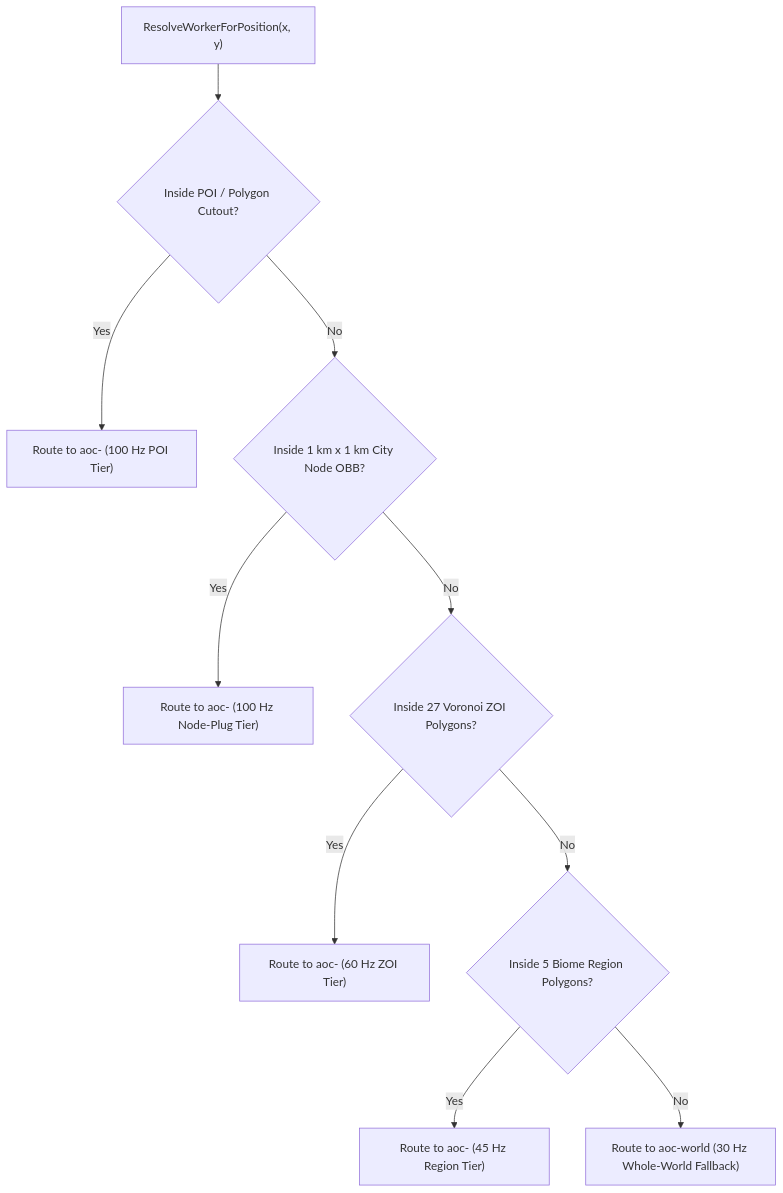
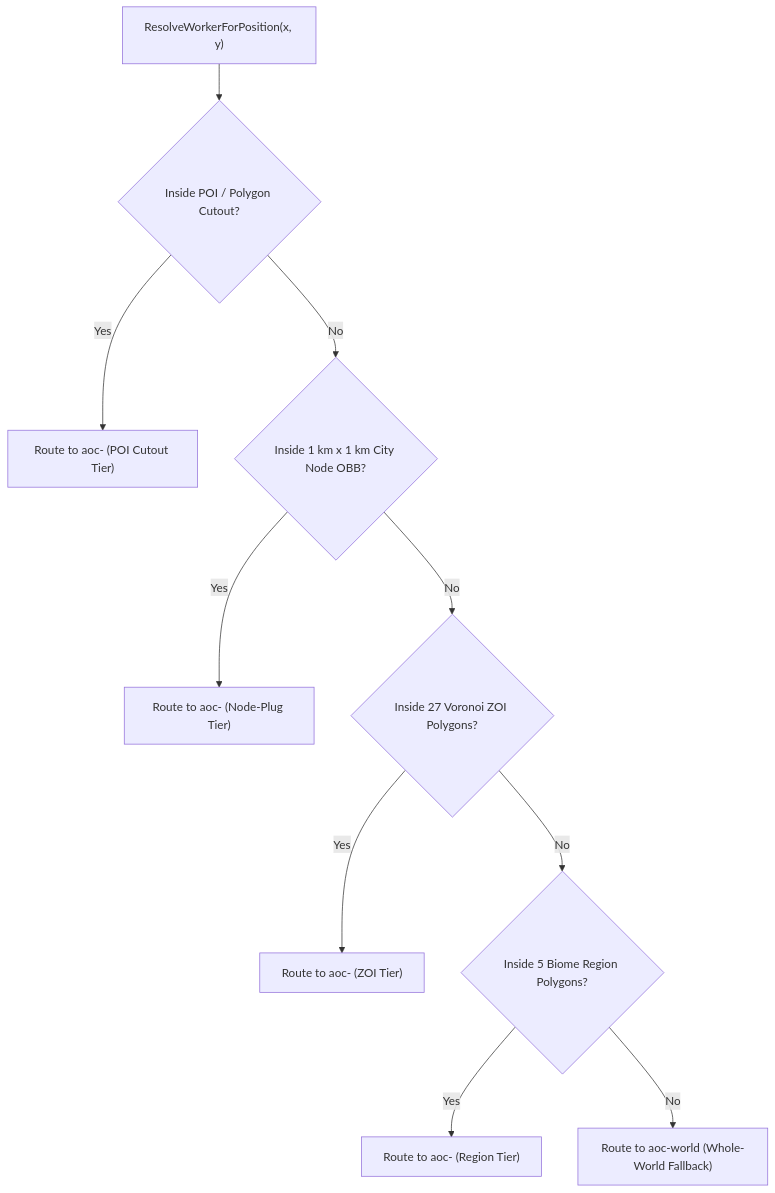
Before and after one commit to debuggin/SandalCore: the second of 2 diagrams in docs/SERVER_WORKERS.md, drawn with Mermaid. The commit also changed other lines of this file and 18 other files, not shown here.

````diff
--- a/docs/SERVER_WORKERS.md
+++ b/docs/SERVER_WORKERS.md
@@ -117,12 +117,12 @@
 ```mermaid
 flowchart TD
     Query["ResolveWorkerForPosition(x, y)"] --> CheckCutout{"Inside POI / Polygon Cutout?"}
-    CheckCutout -->|"Yes"| RouteCutout["Route to aoc-<cutout-name> (100 Hz POI Tier)"]
+    CheckCutout -->|"Yes"| RouteCutout["Route to aoc-<cutout-name> (POI Cutout Tier)"]
     CheckCutout -->|"No"| CheckPlug{"Inside 1 km x 1 km City Node OBB?"}
-    CheckPlug -->|"Yes"| RoutePlug["Route to aoc-<city-name> (100 Hz Node-Plug Tier)"]
+    CheckPlug -->|"Yes"| RoutePlug["Route to aoc-<city-name> (Node-Plug Tier)"]
     CheckPlug -->|"No"| CheckZOI{"Inside 27 Voronoi ZOI Polygons?"}
-    CheckZOI -->|"Yes"| RouteZOI["Route to aoc-<zoi-name> (60 Hz ZOI Tier)"]
+    CheckZOI -->|"Yes"| RouteZOI["Route to aoc-<zoi-name> (ZOI Tier)"]
     CheckZOI -->|"No"| CheckRegion{"Inside 5 Biome Region Polygons?"}
-    CheckRegion -->|"Yes"| RouteRegion["Route to aoc-<region-name> (45 Hz Region Tier)"]
-    CheckRegion -->|"No"| RouteWorld["Route to aoc-world (30 Hz Whole-World Fallback)"]
+    CheckRegion -->|"Yes"| RouteRegion["Route to aoc-<region-name> (Region Tier)"]
+    CheckRegion -->|"No"| RouteWorld["Route to aoc-world (Whole-World Fallback)"]
 ```
````
